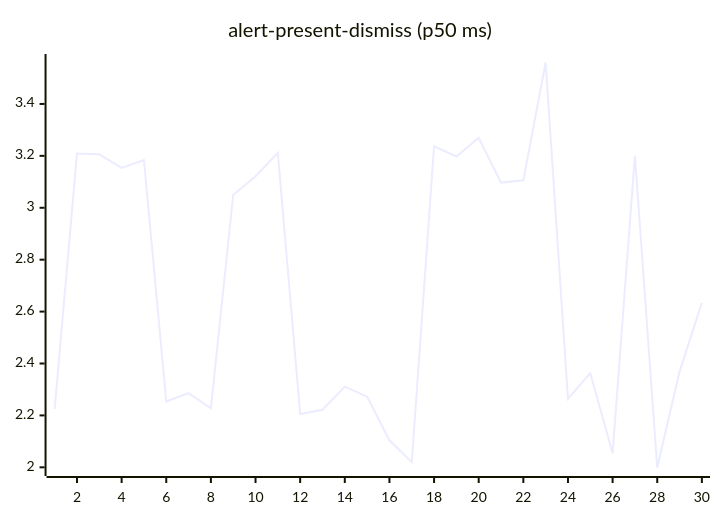
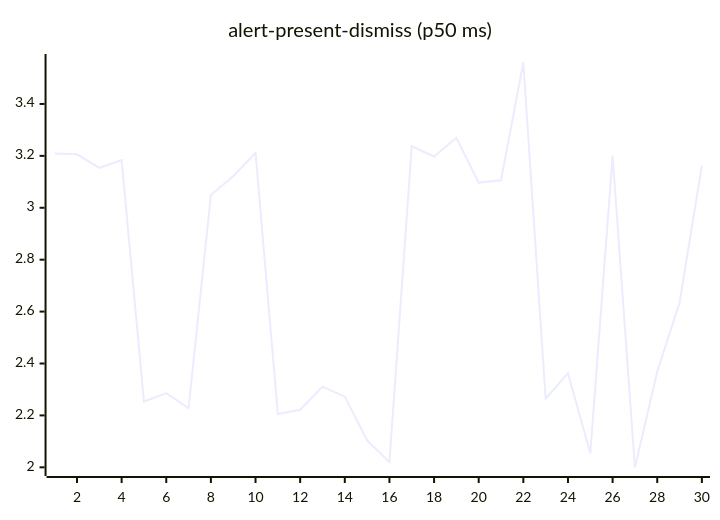
The second of 27 diagrams in README.md (josha/Facet), drawn with Mermaid before and after one commit. The commit also changed other lines of this file and 2 other files, not shown here.

````diff
--- a/README.md
+++ b/README.md
@@ -70,6 +70,6 @@
 ```mermaid
 xychart-beta
     title "alert-present-dismiss (p50 ms)"
     x-axis 1 --> 30
-    line [2.2253, 3.2090, 3.2058, 3.1536, 3.1837, 2.2536, 2.2857, 2.2272, 3.0496, 3.1212, 3.2117, 2.2054, 2.2216, 2.3109, 2.2722, 2.1040, 2.0200, 3.2371, 3.1976, 3.2697, 3.0970, 3.1061, 3.5597, 2.2642, 2.3626, 2.0543, 3.2013, 1.9993, 2.3689, 2.6340]
+    line [3.2090, 3.2058, 3.1536, 3.1837, 2.2536, 2.2857, 2.2272, 3.0496, 3.1212, 3.2117, 2.2054, 2.2216, 2.3109, 2.2722, 2.1040, 2.0200, 3.2371, 3.1976, 3.2697, 3.0970, 3.1061, 3.5597, 2.2642, 2.3626, 2.0543, 3.2013, 1.9993, 2.3689, 2.6340, 3.1626]
 ```
````
